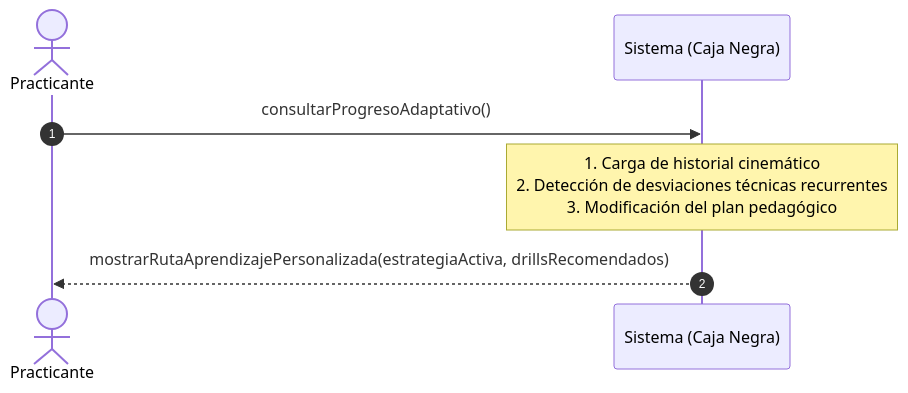
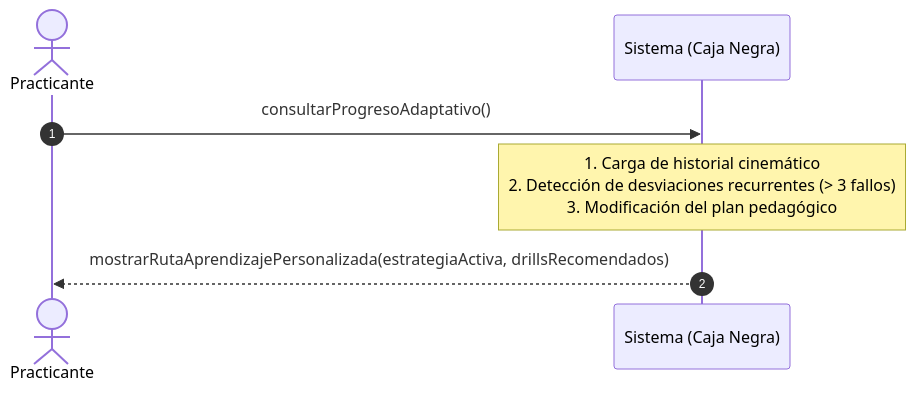
Before and after one commit to Tsmrain/Documentacion: the fifth of 11 diagrams in README.md, drawn with Mermaid. The commit also changed other lines of this file, not shown here.

Commit message:
docs: refine documentation to clarify RAG implementation, pedagogy, and system architecture for OpenBJJ

````diff
--- a/README.md
+++ b/README.md
@@ -794,10 +782,10 @@
 ```mermaid
 sequenceDiagram
     autonumber
     actor Practicante
     participant Sistema as Sistema (Caja Negra)
     
     Practicante->>Sistema: consultarProgresoAdaptativo()
-    Note over Sistema: 1. Carga de historial cinemático<br/>2. Detección de desviaciones técnicas recurrentes<br/>3. Modificación del plan pedagógico
+    Note over Sistema: 1. Carga de historial cinemático<br/>2. Detección de desviaciones recurrentes (> 3 fallos)<br/>3. Modificación del plan pedagógico
     Sistema-->>Practicante: mostrarRutaAprendizajePersonalizada(estrategiaActiva, drillsRecomendados)
 ```
````
